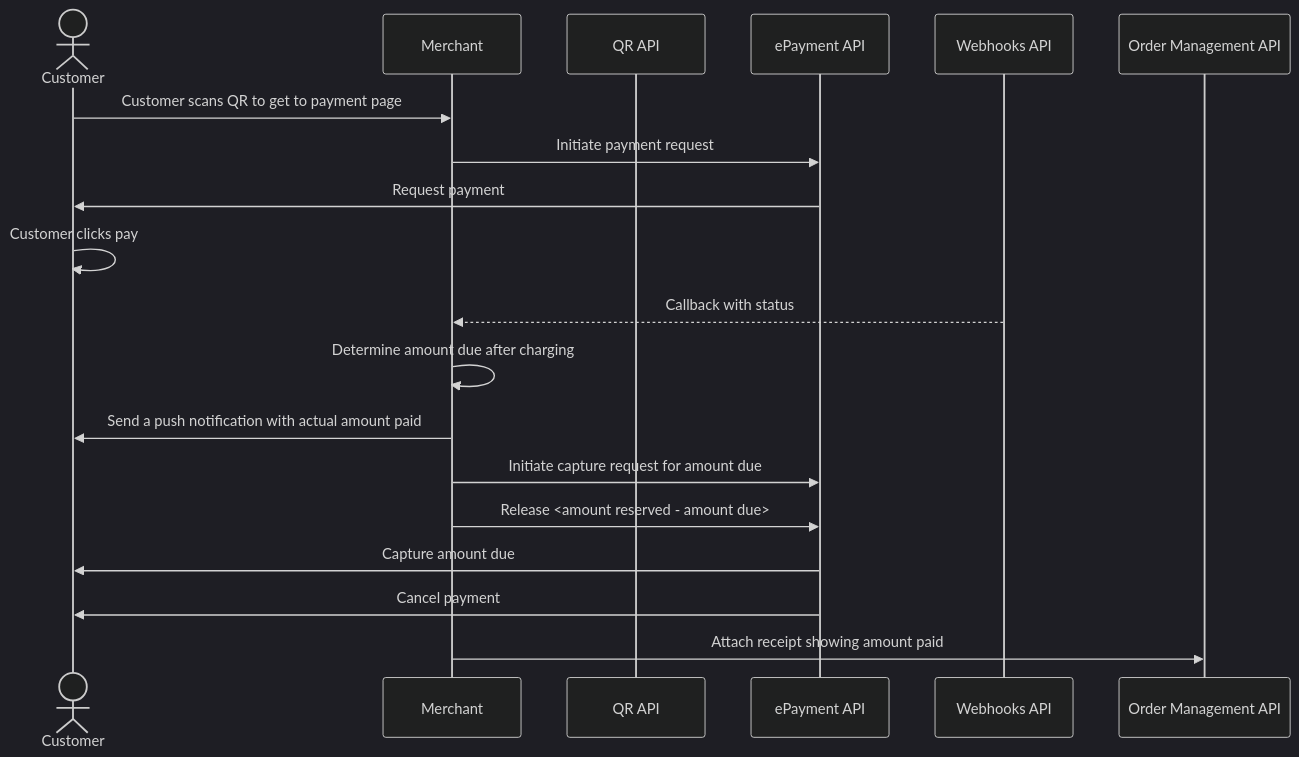
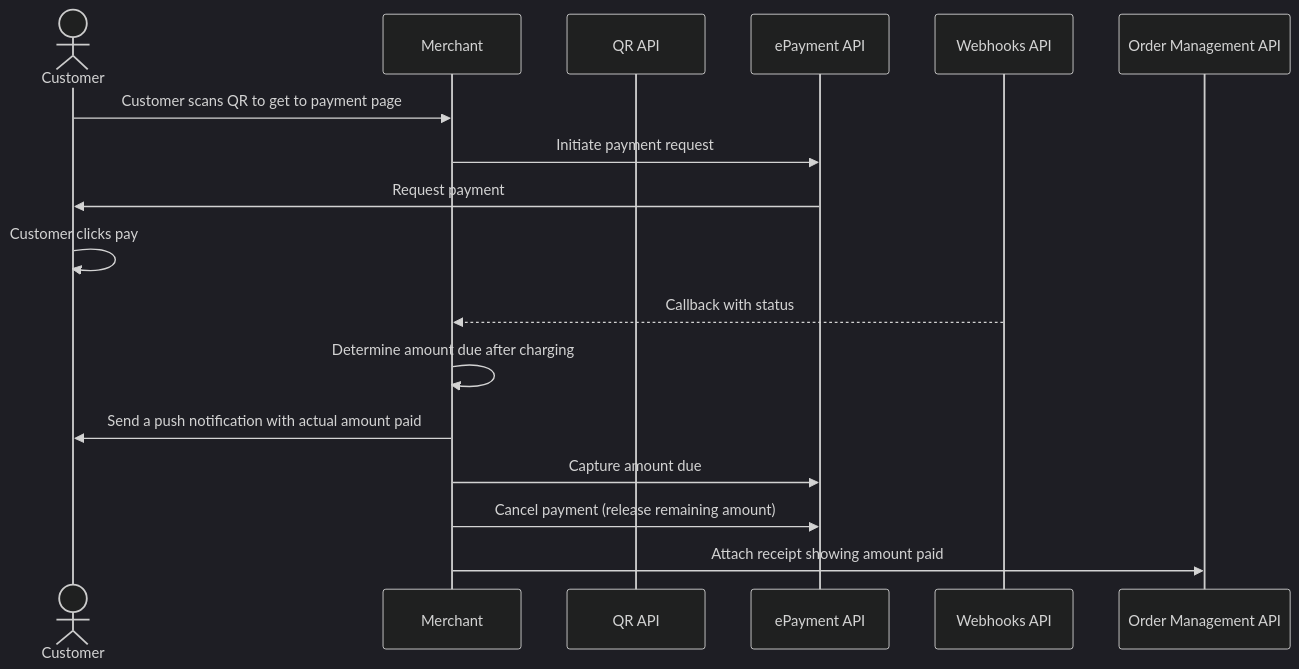
Before and after one commit to vippsas/vipps-solutions: the diagram in ev-charging/README.md, drawn with Mermaid (dark theme). The commit also changed 5 other files, not shown here.

Commit message:
Updates to seq diagrams

````diff
--- a/ev-charging/README.md
+++ b/ev-charging/README.md
@@ -217,22 +217,20 @@
 ``` mermaid
 sequenceDiagram
     actor C as Customer
     participant M as Merchant
     participant QR as QR API
     participant ePayment as ePayment API
     participant Webhooks as Webhooks API
     participant ordermanagement as Order Management API
 
     C->>M: Customer scans QR to get to payment page
     M->>ePayment: Initiate payment request
     ePayment->>C: Request payment
     C->>C: Customer clicks pay
     Webhooks-->>M: Callback with status
     M->>M: Determine amount due after charging
     M->>C: Send a push notification with actual amount paid
-    M->>ePayment: Initiate capture request for amount due
-    M->>ePayment: Release <amount reserved - amount due>
-    ePayment->>C: Capture amount due
-    ePayment->>C: Cancel payment
+    M->>ePayment: Capture amount due
+    M->>ePayment: Cancel payment (release remaining amount)
     M->>ordermanagement: Attach receipt showing amount paid
 ```
````
